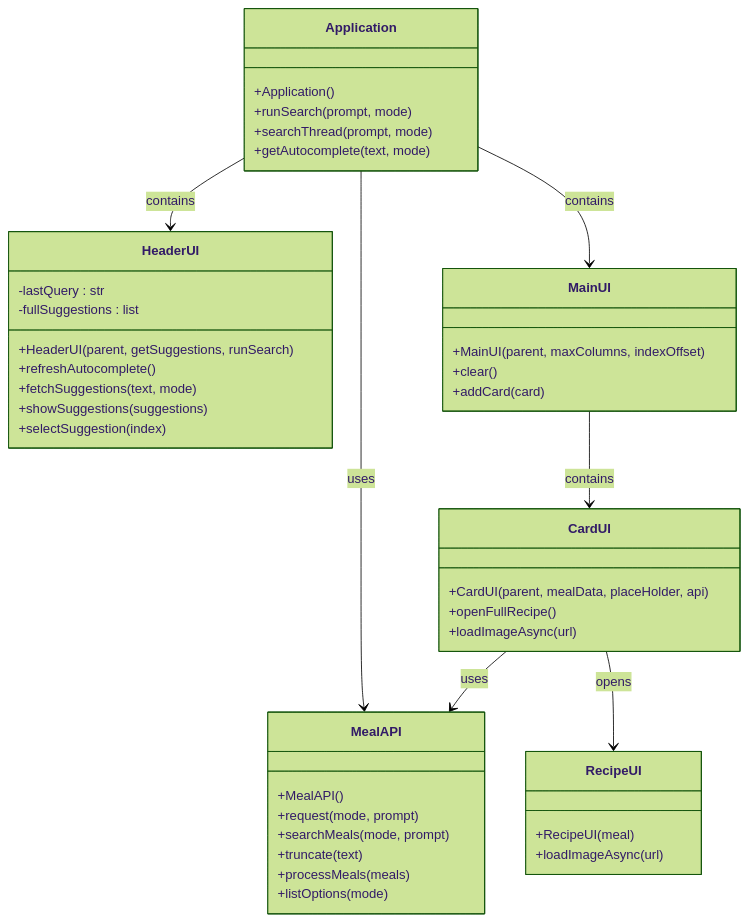
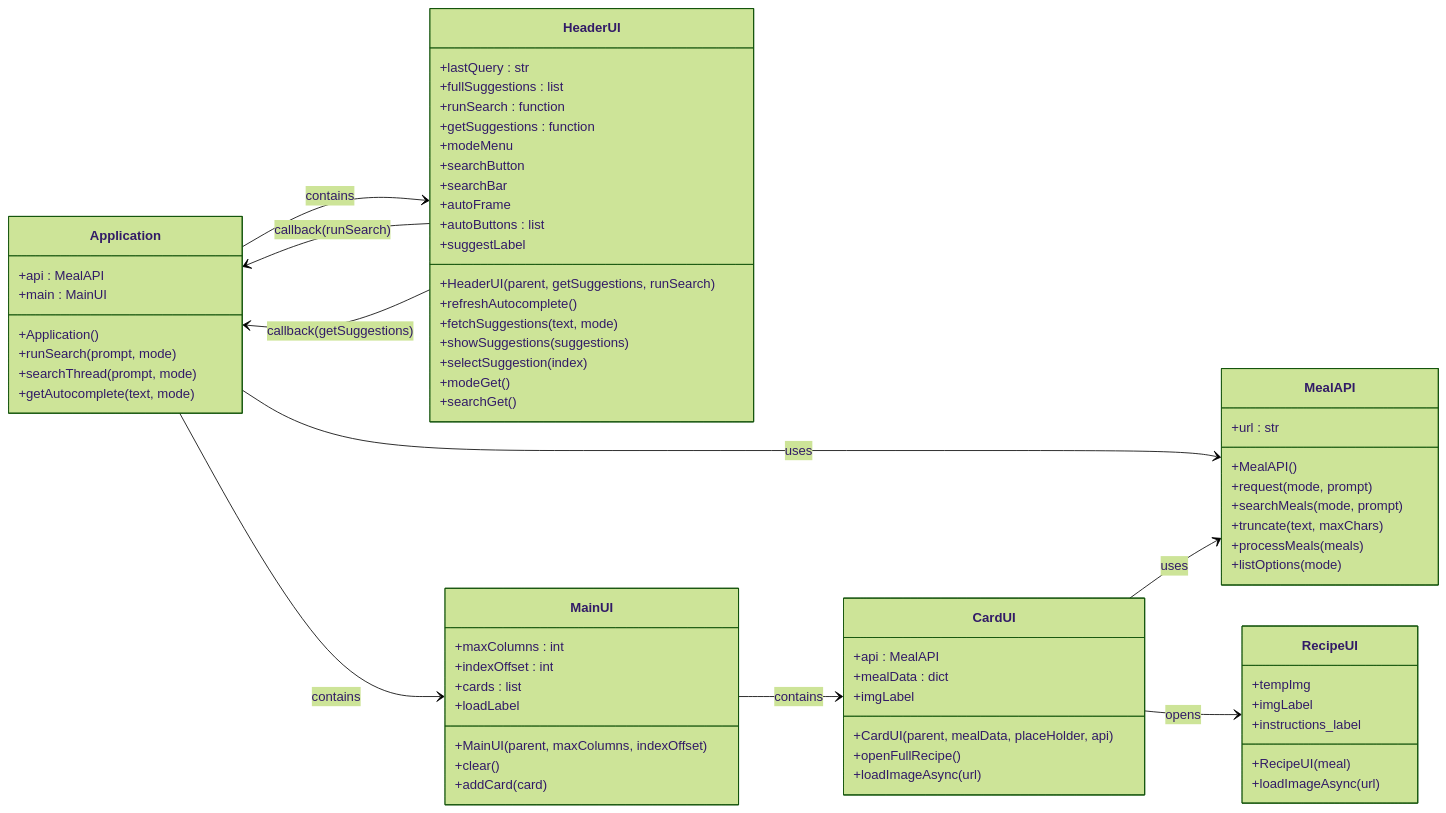
One commit to Eldeston/Advanced-Programming-Assessment-2 changed the diagram in README.md. Above: the diagram before and after it, drawn with Mermaid (forest theme). The commit also changed 3 other files, not shown here.

````diff
--- a/README.md
+++ b/README.md
@@ -31,51 +31,77 @@
 ```mermaid
 classDiagram
-    direction TB
+    direction LR
+
+    %% -------------------- CLASSES --------------------
+
+    class MealAPI {
+        +MealAPI()
+        +request(mode, prompt)
+        +searchMeals(mode, prompt)
+        +truncate(text, maxChars)
+        +processMeals(meals)
+        +listOptions(mode)
+        +url : str
+    }
 
     class Application {
         +Application()
         +runSearch(prompt, mode)
         +searchThread(prompt, mode)
         +getAutocomplete(text, mode)
-    }
-
-    class MealAPI {
-        +MealAPI()
-        +request(mode, prompt)
-        +searchMeals(mode, prompt)
-        +truncate(text)
-        +processMeals(meals)
-        +listOptions(mode)
+        +api : MealAPI
+        +main : MainUI
     }
 
     class HeaderUI {
         +HeaderUI(parent, getSuggestions, runSearch)
-        -lastQuery : str
-        -fullSuggestions : list
         +refreshAutocomplete()
         +fetchSuggestions(text, mode)
         +showSuggestions(suggestions)
         +selectSuggestion(index)
+        +modeGet()
+        +searchGet()
+        +lastQuery : str
+        +fullSuggestions : list
+        +runSearch : function
+        +getSuggestions : function
+        +modeMenu
+        +searchButton
+        +searchBar
+        +autoFrame
+        +autoButtons : list
+        +suggestLabel
     }
 
     class MainUI {
         +MainUI(parent, maxColumns, indexOffset)
         +clear()
         +addCard(card)
+        +maxColumns : int
+        +indexOffset : int
+        +cards : list
+        +loadLabel
     }
 
     class CardUI {
         +CardUI(parent, mealData, placeHolder, api)
         +openFullRecipe()
         +loadImageAsync(url)
+        +api : MealAPI
+        +mealData : dict
+        +imgLabel
     }
 
     class RecipeUI {
         +RecipeUI(meal)
         +loadImageAsync(url)
+        +tempImg
+        +imgLabel
+        +instructions_label
     }
 
-    %% Relationships
+    %% -------------------- RELATIONSHIPS --------------------
+
     Application --> MealAPI : uses
     Application --> HeaderUI : contains
     Application --> MainUI : contains
@@ -83,4 +109,7 @@
     MainUI --> CardUI : contains
     CardUI --> MealAPI : uses
     CardUI --> RecipeUI : opens
+
+    HeaderUI --> Application : callback(runSearch)
+    HeaderUI --> Application : callback(getSuggestions)
 ```
````
